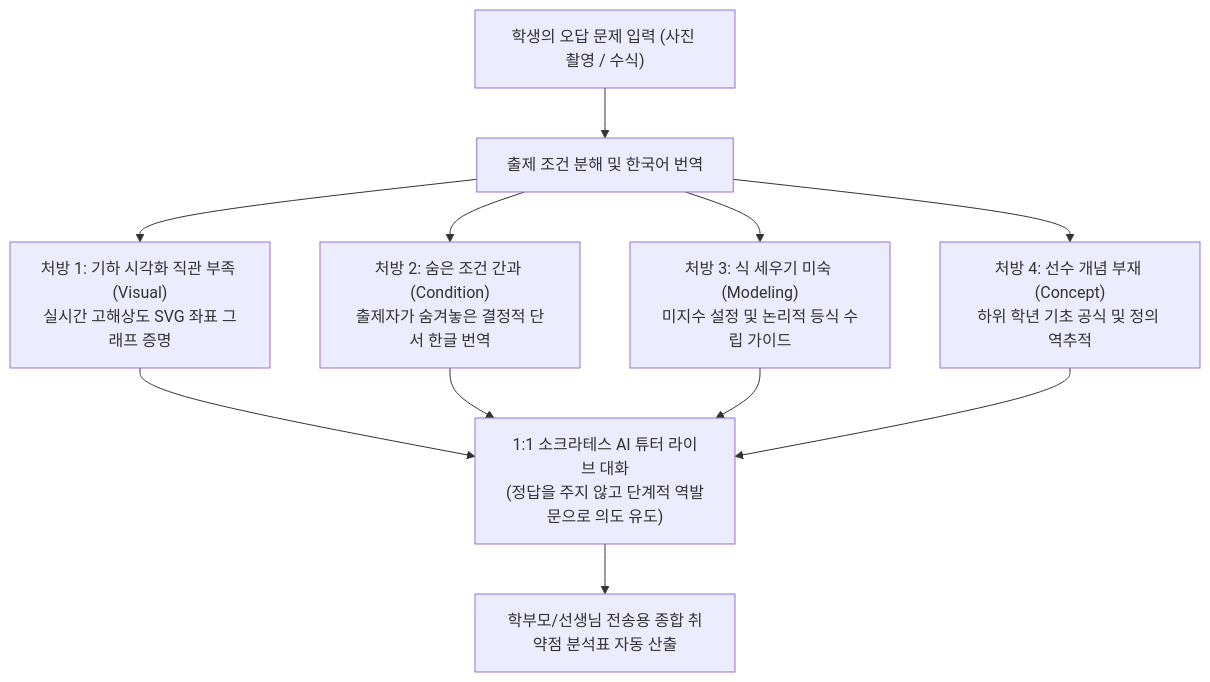
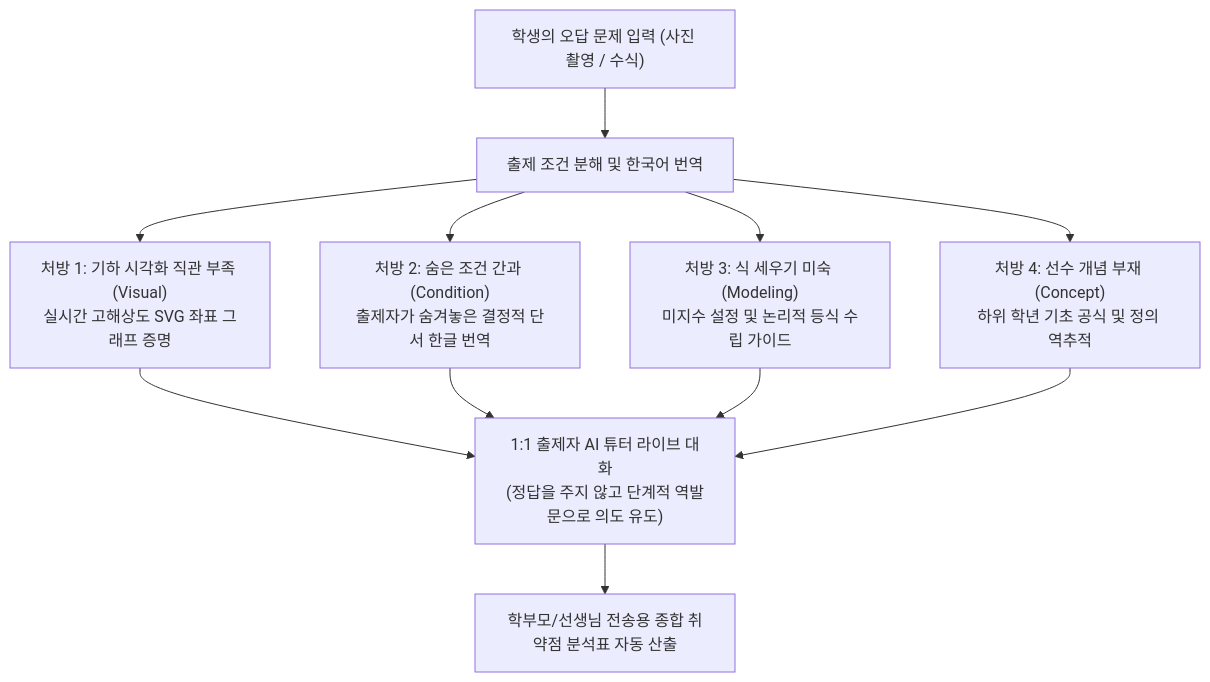
One commit to cheol-hun-kim/Readmath changed the diagram in GOVERNMENT_GRANT_PSST_PROPOSAL.md. Above: the diagram before and after it, drawn with Mermaid. The commit also changed other lines of this file and 10 other files, not shown here.

Commit message:
Refactor: Terminology purge - replace '소크라테스 튜터' with '출제자 AI 튜터' across all files

````diff
--- a/GOVERNMENT_GRANT_PSST_PROPOSAL.md
+++ b/GOVERNMENT_GRANT_PSST_PROPOSAL.md
@@ -42,10 +42,10 @@
 ```mermaid
 flowchart TD
     Q["학생의 오답 문제 입력 (사진 촬영 / 수식)"] --> Parser["출제 조건 분해 및 한국어 번역"]
     Parser --> M1["처방 1: 기하 시각화 직관 부족 (Visual)<br/>실시간 고해상도 SVG 좌표 그래프 증명"]
     Parser --> M2["처방 2: 숨은 조건 간과 (Condition)<br/>출제자가 숨겨놓은 결정적 단서 한글 번역"]
     Parser --> M3["처방 3: 식 세우기 미숙 (Modeling)<br/>미지수 설정 및 논리적 등식 수립 가이드"]
     Parser --> M4["처방 4: 선수 개념 부재 (Concept)<br/>하위 학년 기초 공식 및 정의 역추적"]
-    M1 & M2 & M3 & M4 --> Socratic["1:1 소크라테스 AI 튜터 라이브 대화<br/>(정답을 주지 않고 단계적 역발문으로 의도 유도)"]
+    M1 & M2 & M3 & M4 --> Socratic["1:1 출제자 AI 튜터 라이브 대화<br/>(정답을 주지 않고 단계적 역발문으로 의도 유도)"]
     Socratic --> Report["학부모/선생님 전송용 종합 취약점 분석표 자동 산출"]
 ```
````
